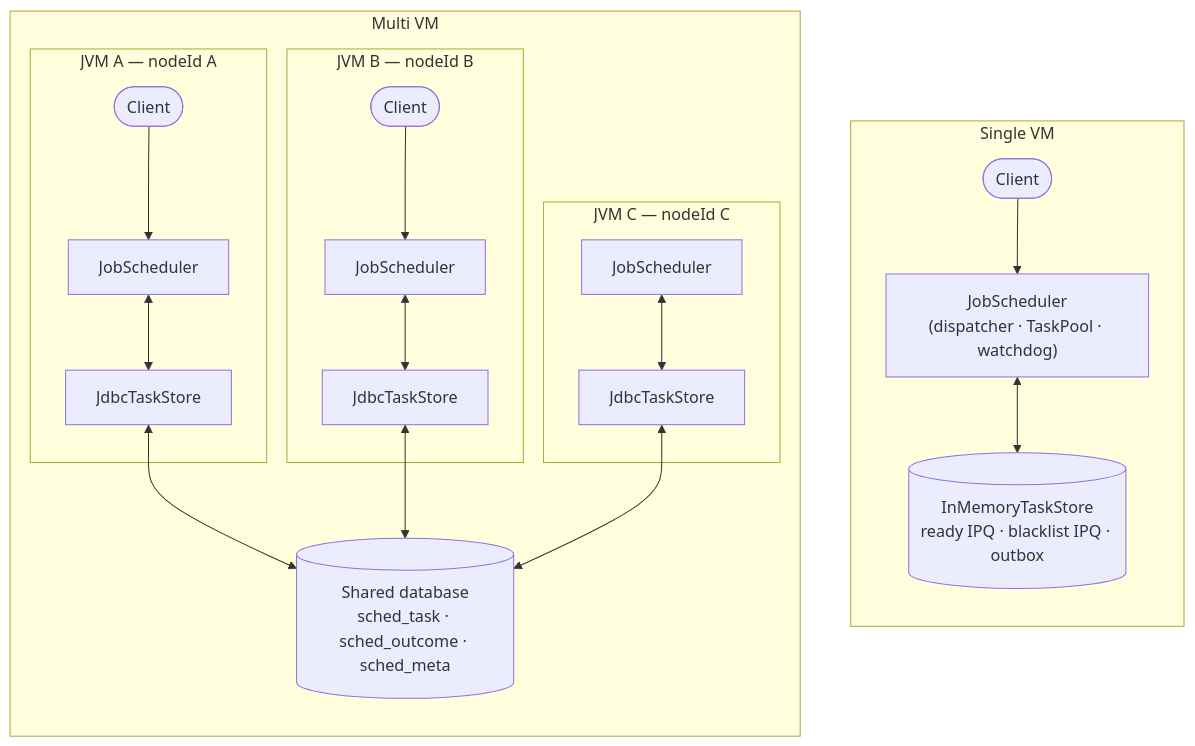
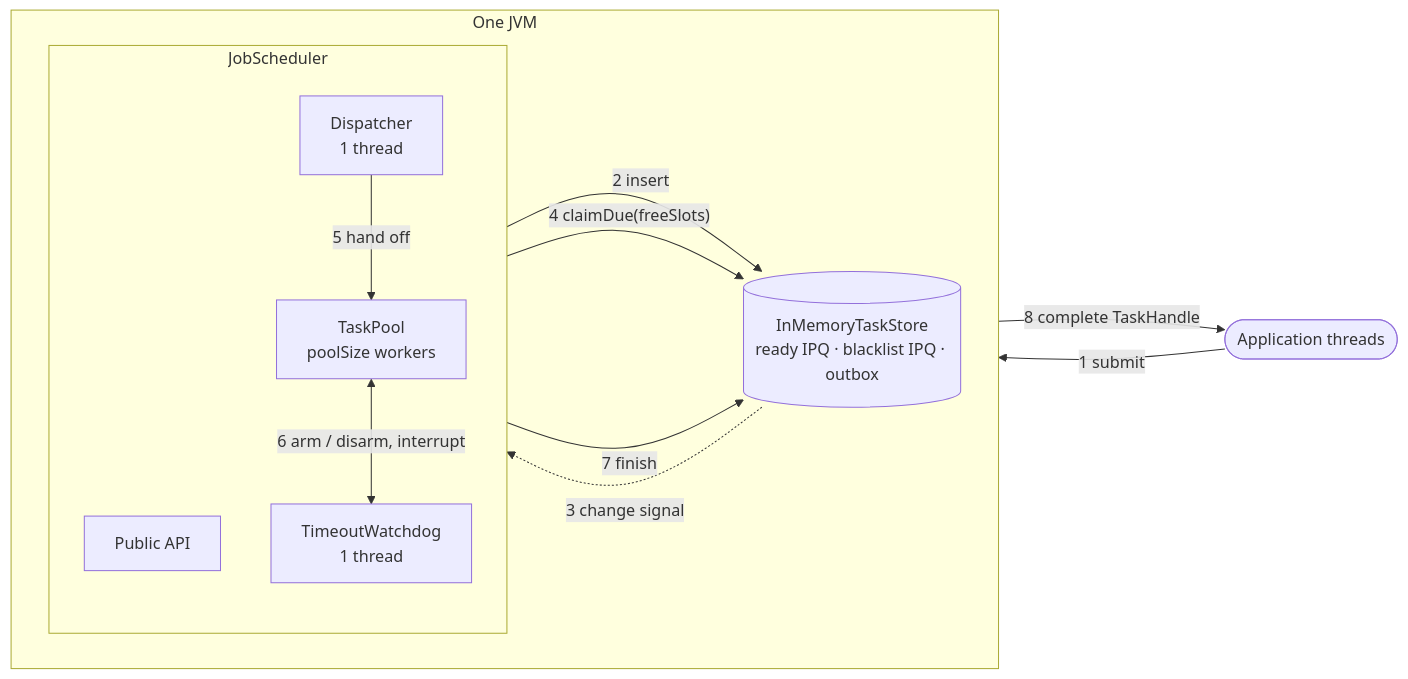
Before and after one commit to deyindra/System_Design: the second of 9 diagrams in scheduler/README.md, drawn with Mermaid. The commit also changed other lines of this file and 4 other files, not shown here.

````diff
--- a/scheduler/README.md
+++ b/scheduler/README.md
@@ -127,24 +196,23 @@
 ```mermaid
-flowchart TB
-    subgraph SVM["Single VM"]
-        direction TB
-        C1(["Client"]) --> E1["JobScheduler<br/>(dispatcher · TaskPool · watchdog)"]
-        E1 <--> M1[("InMemoryTaskStore<br/>ready IPQ · blacklist IPQ · outbox")]
+flowchart LR
+    APP(["Application threads"])
+    subgraph JVM["One JVM"]
+        direction LR
+        subgraph SCH["JobScheduler"]
+            direction TB
+            API["Public API"]
+            DSP["Dispatcher<br/>1 thread"]
+            POOL["TaskPool<br/>poolSize workers"]
+            WD["TimeoutWatchdog<br/>1 thread"]
+        end
+        MEM[("InMemoryTaskStore<br/>ready IPQ · blacklist IPQ · outbox")]
     end
-
-    subgraph MVM["Multi VM"]
-        direction TB
-        subgraph NA["JVM A — nodeId A"]
-            CA(["Client"]) --> EA["JobScheduler"]
-            EA <--> SA["JdbcTaskStore"]
-        end
-        subgraph NB["JVM B — nodeId B"]
-            CB(["Client"]) --> EB["JobScheduler"]
-            EB <--> SB["JdbcTaskStore"]
-        end
-        subgraph NC["JVM C — nodeId C"]
-            EC["JobScheduler"] <--> SC["JdbcTaskStore"]
-        end
-        SA & SB & SC <--> DB[("Shared database<br/>sched_task · sched_outcome · sched_meta")]
-    end
+    APP -->|"1 submit"| API
+    API -->|"2 insert"| MEM
+    MEM -.->|"3 change signal"| DSP
+    DSP -->|"4 claimDue(freeSlots)"| MEM
+    DSP -->|"5 hand off"| POOL
+    POOL <-->|"6 arm / disarm, interrupt"| WD
+    POOL -->|"7 finish"| MEM
+    POOL -->|"8 complete TaskHandle"| APP
 ```
````
